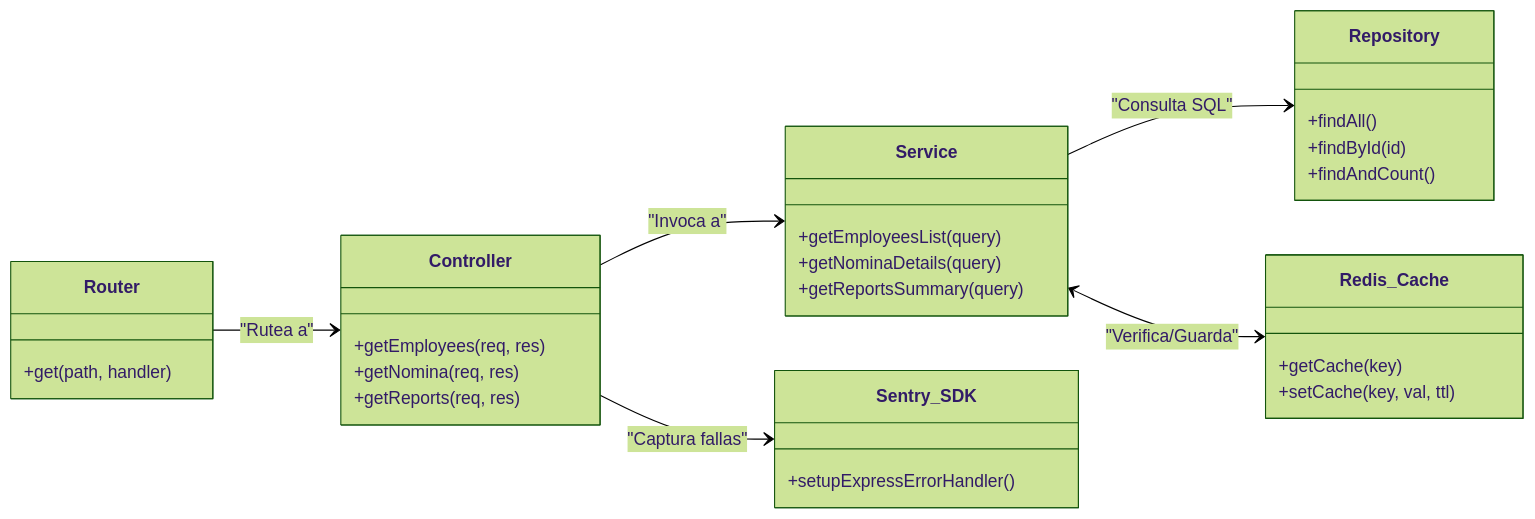
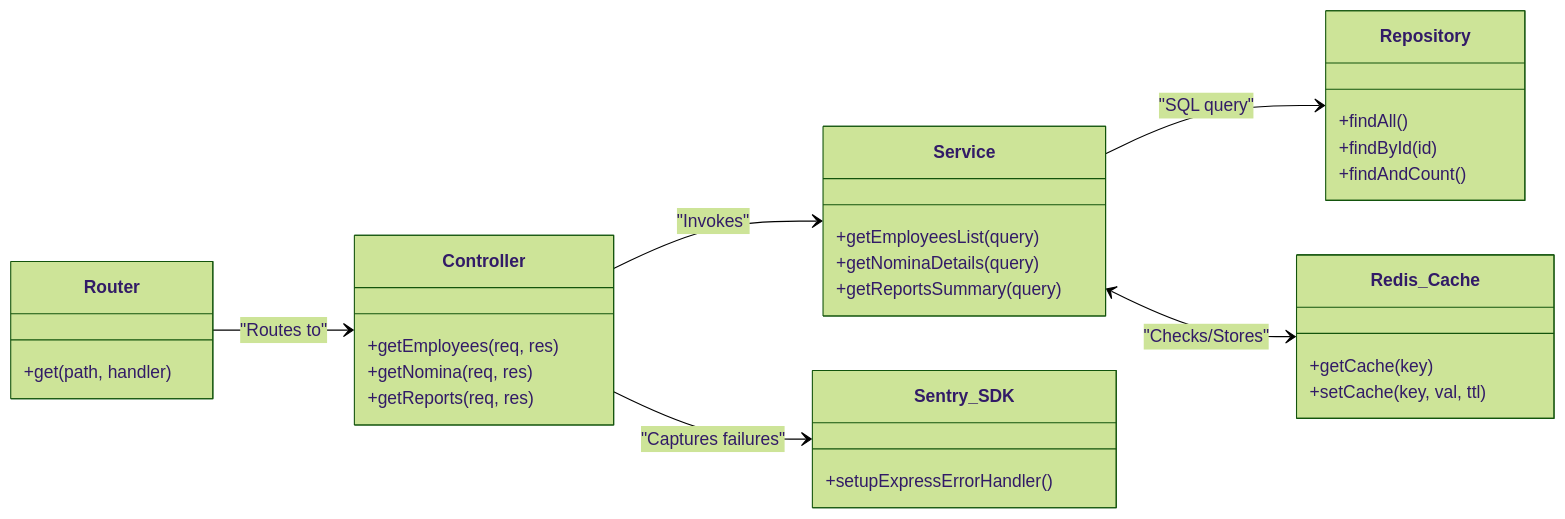
The third of 5 diagrams in README.md (alexander-tinoco/nominas), drawn with Mermaid (forest theme) before and after one commit. The commit also changed other lines of this file, not shown here.

````diff
--- a/README.md
+++ b/README.md
@@ -185,35 +185,35 @@
 ```mermaid
 classDiagram
     direction LR
     class Router {
         +get(path, handler)
     }
     class Controller {
         +getEmployees(req, res)
         +getNomina(req, res)
         +getReports(req, res)
     }
     class Service {
         +getEmployeesList(query)
         +getNominaDetails(query)
         +getReportsSummary(query)
     }
     class Repository {
         +findAll()
         +findById(id)
         +findAndCount()
     }
     class Redis_Cache {
         +getCache(key)
         +setCache(key, val, ttl)
     }
     class Sentry_SDK {
         +setupExpressErrorHandler()
     }
 
-    Router --> Controller : "Rutea a"
-    Controller --> Service : "Invoca a"
-    Service --> Repository : "Consulta SQL"
-    Service <--> Redis_Cache : "Verifica/Guarda"
-    Controller --> Sentry_SDK : "Captura fallas"
+    Router --> Controller : "Routes to"
+    Controller --> Service : "Invokes"
+    Service --> Repository : "SQL query"
+    Service <--> Redis_Cache : "Checks/Stores"
+    Controller --> Sentry_SDK : "Captures failures"
 ```
````
